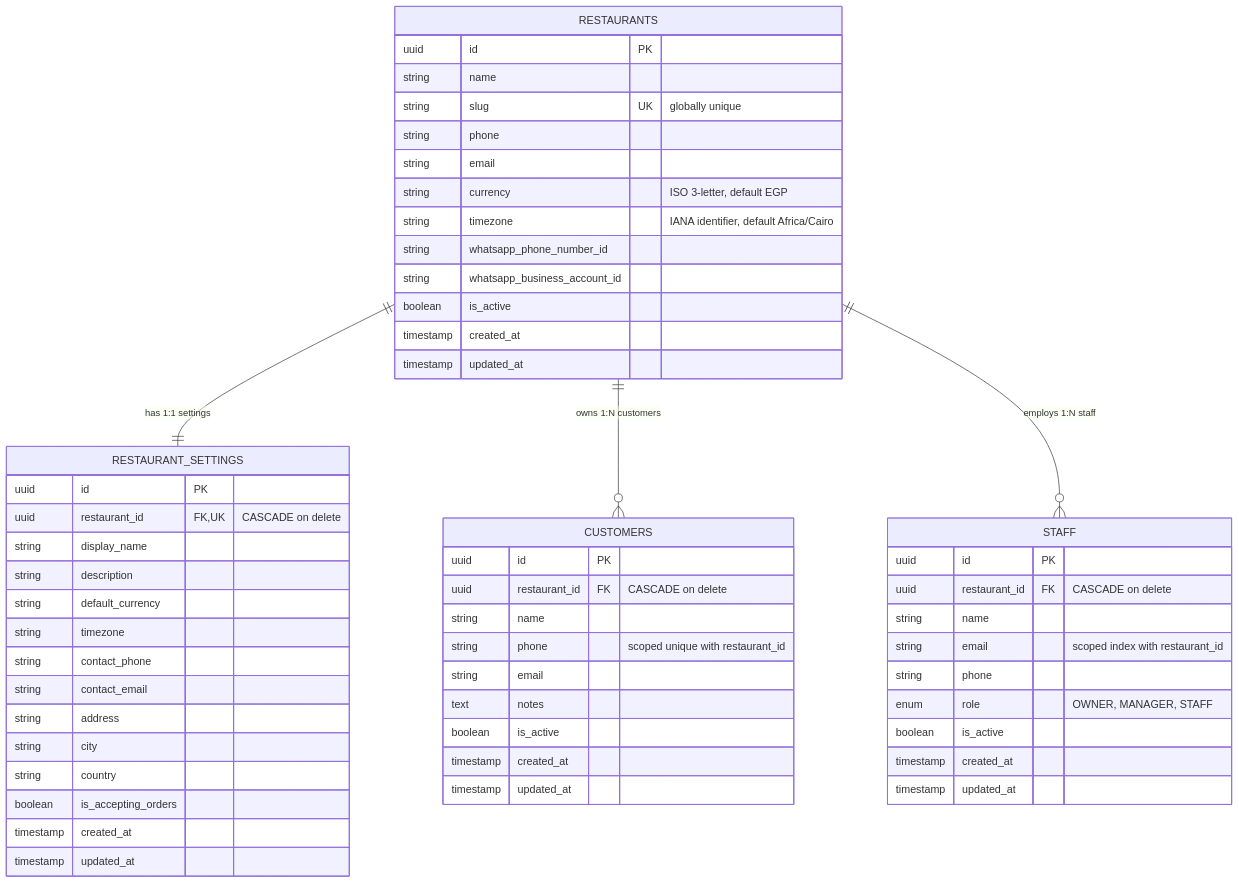
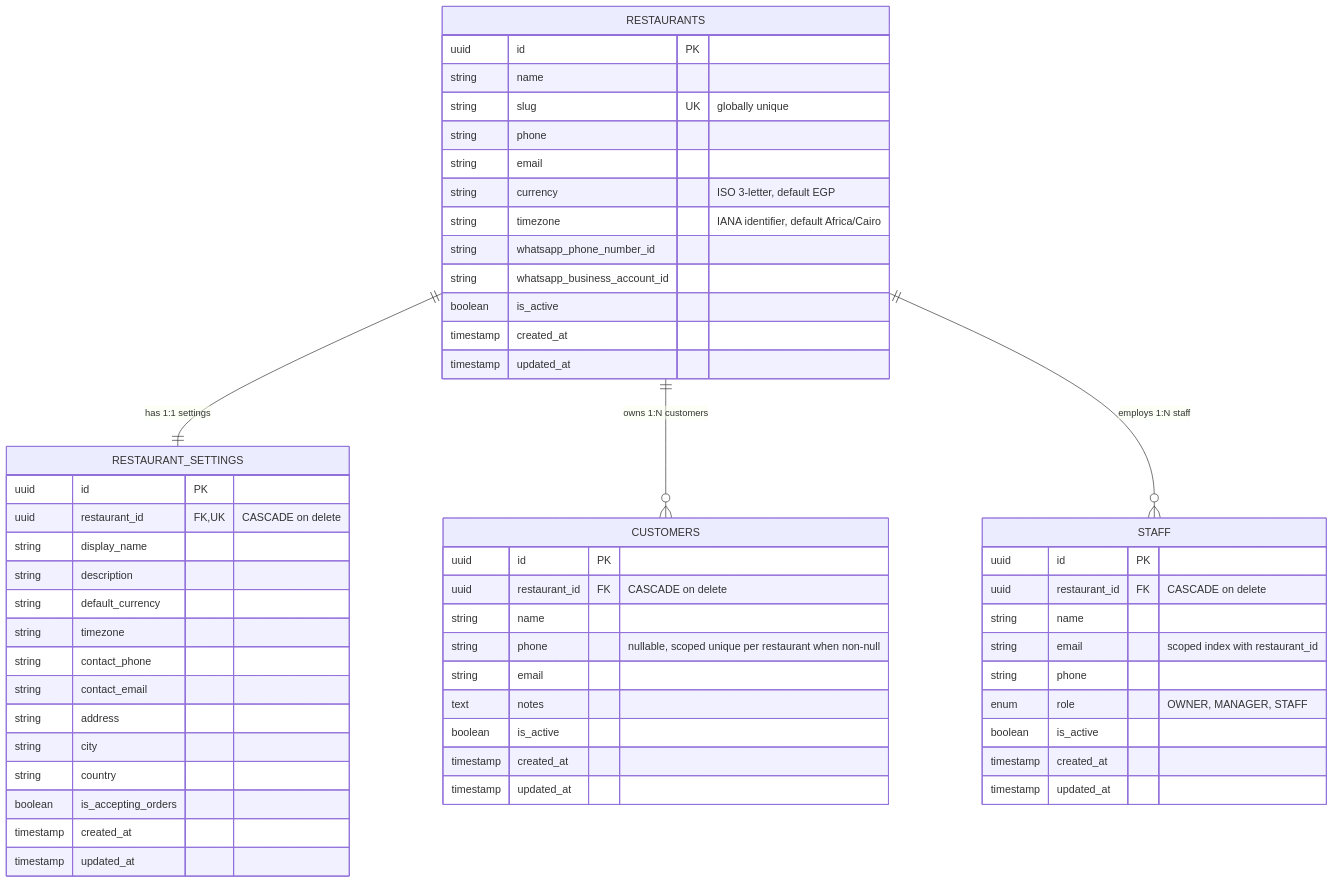
The diagram in docs/architecture.md (AbdelbasetAbdelaal/restaurant-ai-agent), drawn with Mermaid before and after one commit. The commit also changed other lines of this file and 9 other files, not shown here.

Commit message:
fix: make customer phone nullable with scoped uniqueness

````diff
--- a/docs/architecture.md
+++ b/docs/architecture.md
@@ -56,62 +56,62 @@
 ```mermaid
 erDiagram
     RESTAURANTS ||--|| RESTAURANT_SETTINGS : "has 1:1 settings"
     RESTAURANTS ||--o{ CUSTOMERS : "owns 1:N customers"
     RESTAURANTS ||--o{ STAFF : "employs 1:N staff"
 
     RESTAURANTS {
         uuid id PK
         string name
         string slug UK "globally unique"
         string phone
         string email
         string currency "ISO 3-letter, default EGP"
         string timezone "IANA identifier, default Africa/Cairo"
         string whatsapp_phone_number_id
         string whatsapp_business_account_id
         boolean is_active
         timestamp created_at
         timestamp updated_at
     }
 
     RESTAURANT_SETTINGS {
         uuid id PK
         uuid restaurant_id FK,UK "CASCADE on delete"
         string display_name
         string description
         string default_currency
         string timezone
         string contact_phone
         string contact_email
         string address
         string city
         string country
         boolean is_accepting_orders
         timestamp created_at
         timestamp updated_at
     }
 
     CUSTOMERS {
         uuid id PK
         uuid restaurant_id FK "CASCADE on delete"
         string name
-        string phone "scoped unique with restaurant_id"
+        string phone "nullable, scoped unique per restaurant when non-null"
         string email
         text notes
         boolean is_active
         timestamp created_at
         timestamp updated_at
     }
 
     STAFF {
         uuid id PK
         uuid restaurant_id FK "CASCADE on delete"
         string name
         string email "scoped index with restaurant_id"
         string phone
         enum role "OWNER, MANAGER, STAFF"
         boolean is_active
         timestamp created_at
         timestamp updated_at
     }
 ```
````
